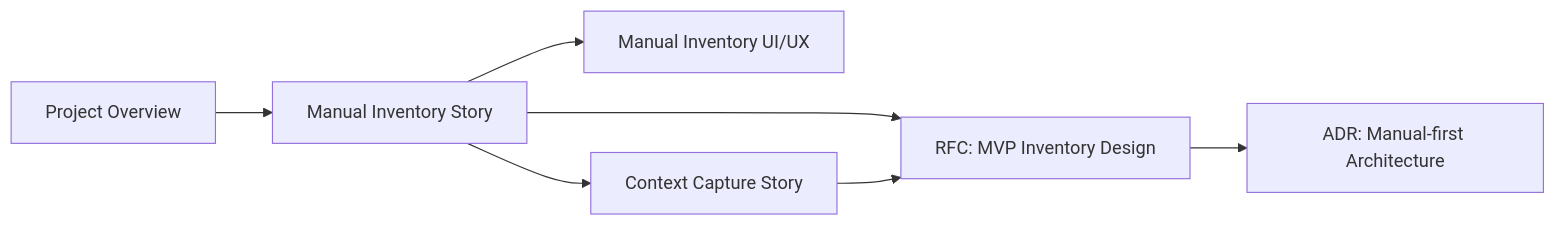
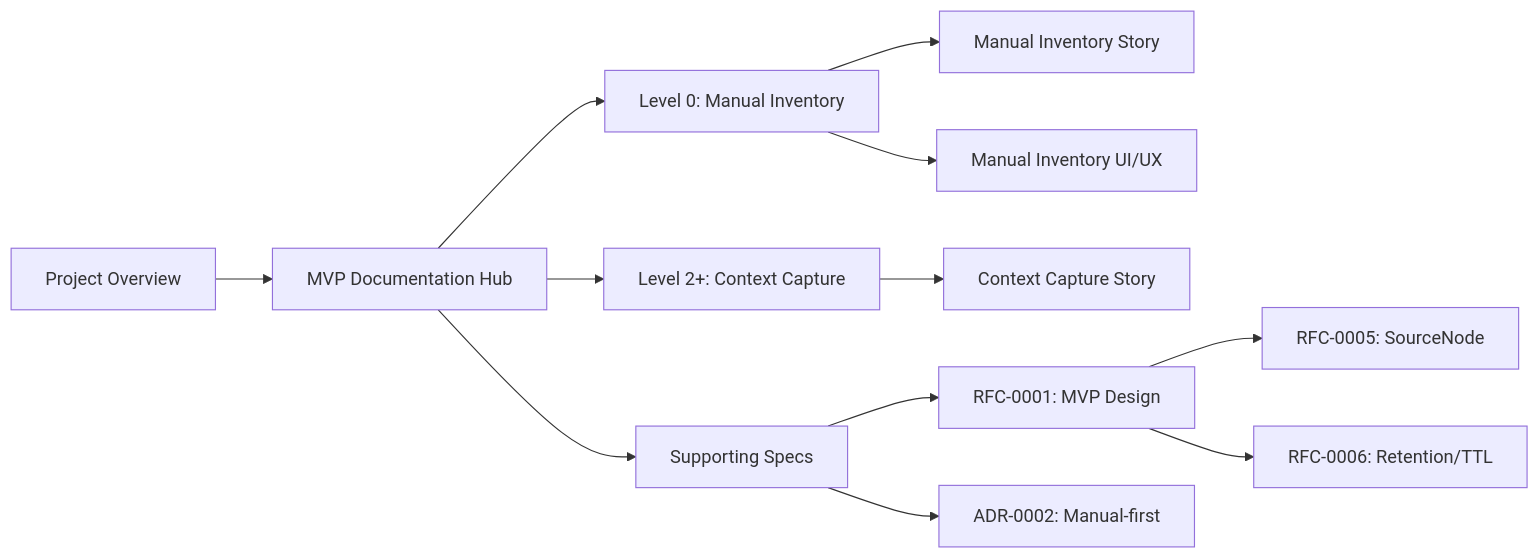
Before and after one commit to asukhodko/timeskein: the seventh of 7 diagrams in .qoder/repowiki/en/content/MVP Documentation.md, drawn with Mermaid. The commit also changed other lines of this file and 6 other files, not shown here.

````diff
--- a/.qoder/repowiki/en/content/MVP Documentation.md
+++ b/.qoder/repowiki/en/content/MVP Documentation.md
@@ -331,9 +349,14 @@
 ```mermaid
 graph LR
-A["Project Overview"] --> B["Manual Inventory Story"]
-B --> C["Manual Inventory UI/UX"]
-B --> D["RFC: MVP Inventory Design"]
-D --> E["ADR: Manual-first Architecture"]
-B --> F["Context Capture Story"]
-F --> D
+A["Project Overview"] --> B["MVP Documentation Hub"]
+B --> C["Level 0: Manual Inventory"]
+C --> D["Manual Inventory Story"]
+C --> E["Manual Inventory UI/UX"]
+B --> F["Level 2+: Context Capture"]
+F --> G["Context Capture Story"]
+B --> H["Supporting Specs"]
+H --> I["RFC-0001: MVP Design"]
+H --> J["ADR-0002: Manual-first"]
+I --> K["RFC-0005: SourceNode"]
+I --> L["RFC-0006: Retention/TTL"]
 ```
````
